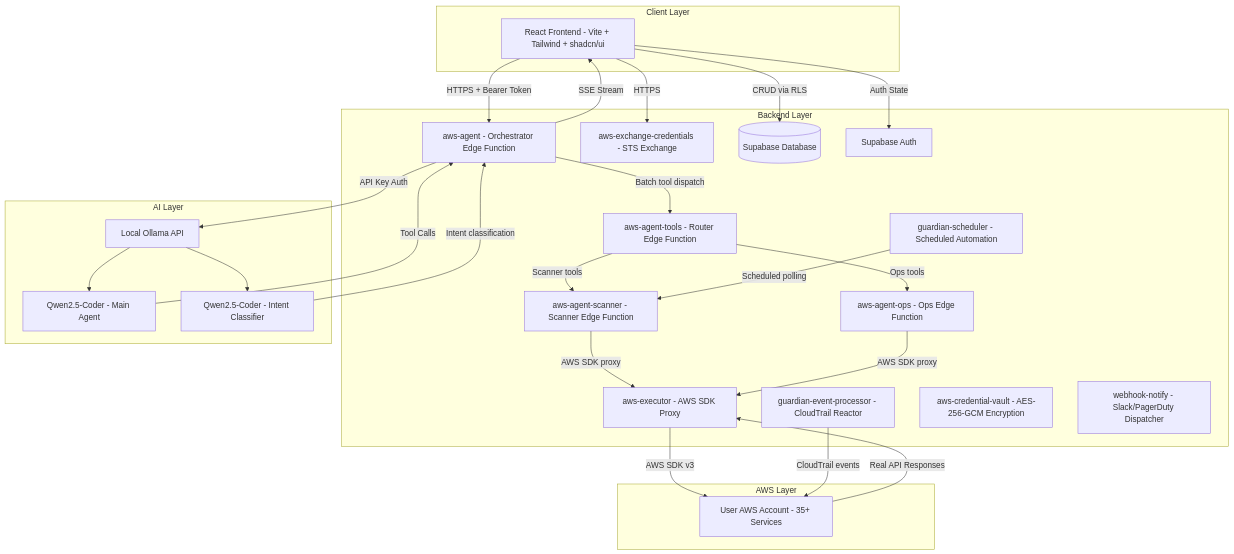
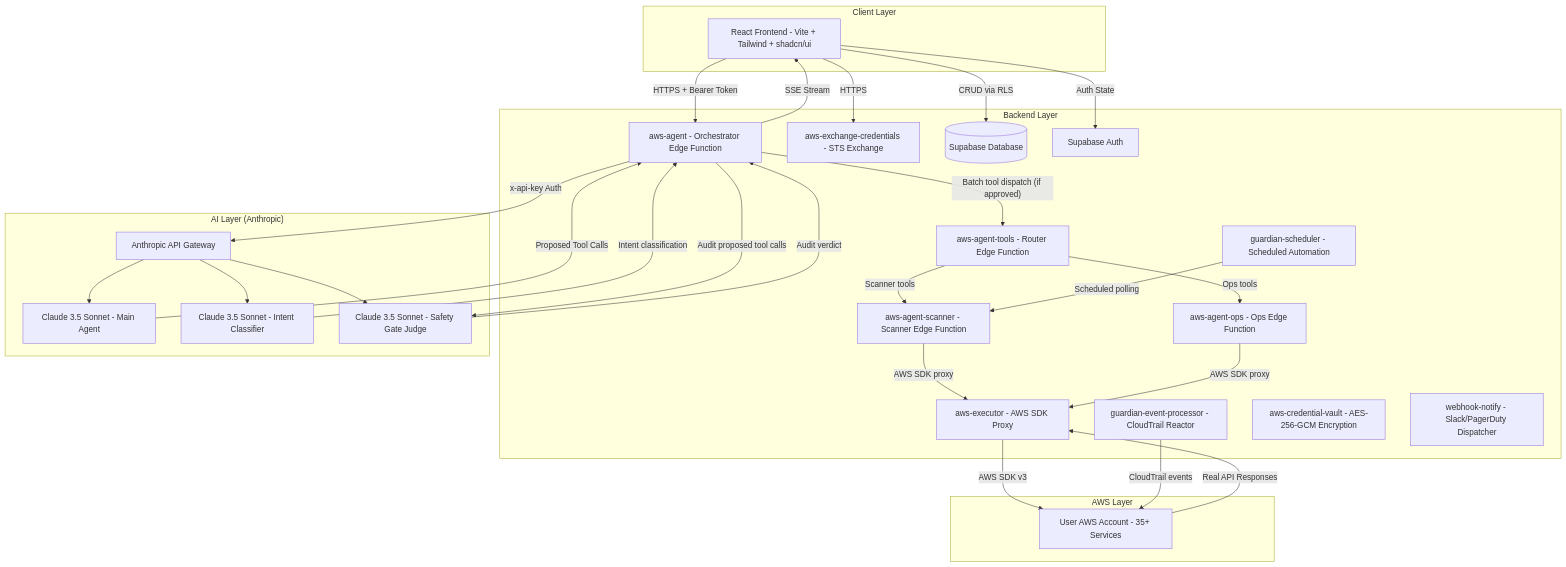
Before and after one commit to ritvikindupuri/CloudPilot-AI---AWS-Security-Agent: the first of 43 diagrams in TECHNICAL_DOCUMENTATION.md, drawn with Mermaid. The commit also changed other lines of this file, not shown here.

Commit message:
docs: align high-level diagrams and tables in technical documentation with Claude 3.5 Sonnet and Safety Gate Judge

````diff
--- a/TECHNICAL_DOCUMENTATION.md
+++ b/TECHNICAL_DOCUMENTATION.md
@@ -84,51 +84,55 @@
 ```mermaid
 graph TB
     subgraph "Client Layer"
         A[React Frontend - Vite + Tailwind + shadcn/ui]
     end
 
     subgraph "Backend Layer"
         B[aws-agent - Orchestrator Edge Function]
         B2[aws-agent-tools - Router Edge Function]
         B3[aws-agent-scanner - Scanner Edge Function]
         B4[aws-agent-ops - Ops Edge Function]
         B5[aws-executor - AWS SDK Proxy]
         B6[aws-exchange-credentials - STS Exchange]
         B7[guardian-scheduler - Scheduled Automation]
         B8[guardian-event-processor - CloudTrail Reactor]
         B9[aws-credential-vault - AES-256-GCM Encryption]
         B10[webhook-notify - Slack/PagerDuty Dispatcher]
         C[(Supabase Database)]
         D[Supabase Auth]
     end
 
-    subgraph "AI Layer"
-        E[Local Ollama API]
-        F[Qwen2.5-Coder - Main Agent]
-        F2[Qwen2.5-Coder - Intent Classifier]
+    subgraph "AI Layer (Anthropic)"
+        E[Anthropic API Gateway]
+        F[Claude 3.5 Sonnet - Main Agent]
+        F2[Claude 3.5 Sonnet - Intent Classifier]
+        F3[Claude 3.5 Sonnet - Safety Gate Judge]
     end
 
     subgraph "AWS Layer"
         G[User AWS Account - 35+ Services]
     end
 
     A -- "HTTPS + Bearer Token" --> B
     A -- "HTTPS" --> B6
     A -- "Auth State" --> D
     A -- "CRUD via RLS" --> C
-    B -- "API Key Auth" --> E
+    B -- "x-api-key Auth" --> E
     E --> F2
     F2 -- "Intent classification" --> B
     E --> F
-    F -- "Tool Calls" --> B
-    B -- "Batch tool dispatch" --> B2
+    F -- "Proposed Tool Calls" --> B
+    E --> F3
+    B -- "Audit proposed tool calls" --> F3
+    F3 -- "Audit verdict" --> B
+    B -- "Batch tool dispatch (if approved)" --> B2
     B2 -- "Scanner tools" --> B3
     B2 -- "Ops tools" --> B4
     B3 -- "AWS SDK proxy" --> B5
     B4 -- "AWS SDK proxy" --> B5
     B5 -- "AWS SDK v3" --> G
     B7 -- "Scheduled polling" --> B3
     B8 -- "CloudTrail events" --> G
     G -- "Real API Responses" --> B5
     B -- "SSE Stream" --> A
 ```
````
